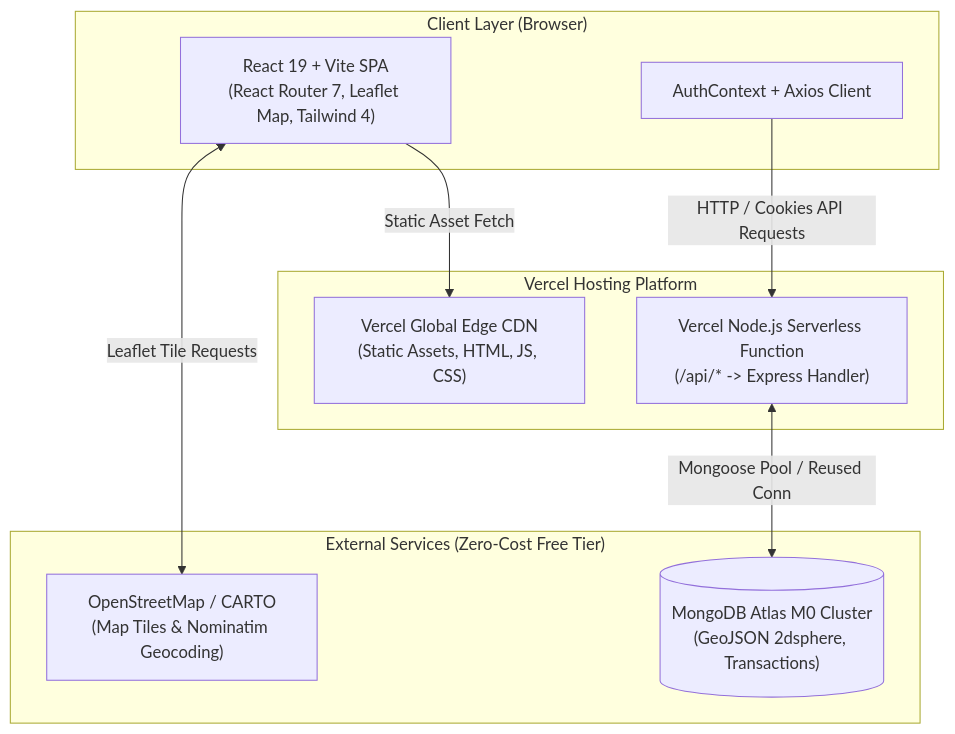
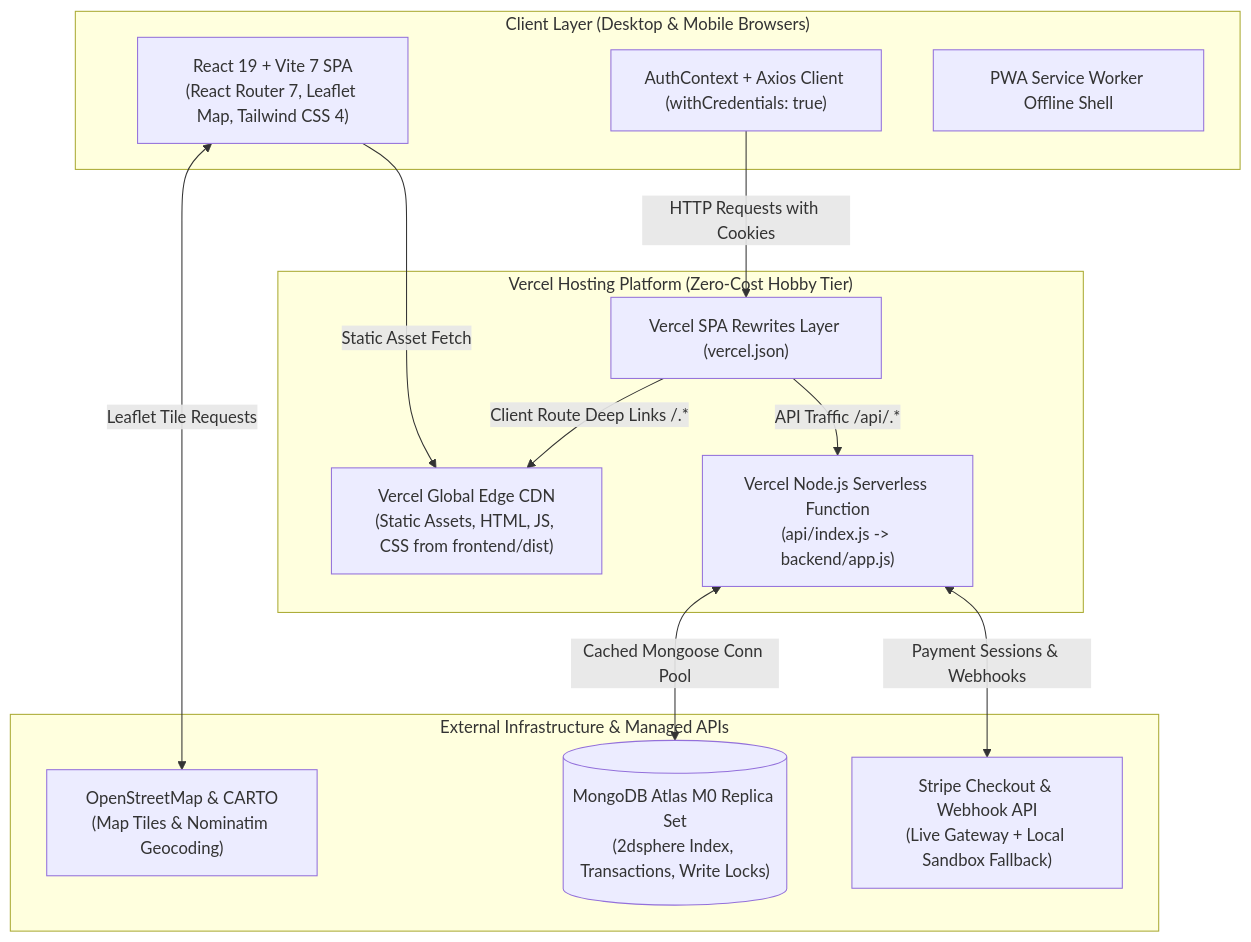
Before and after one commit to Krishna200608/ParkingFinder: the first of 2 diagrams in docs/ARCHITECTURE.md, drawn with Mermaid. The commit also changed other lines of this file and 7 other files, not shown here.

````diff
--- a/docs/ARCHITECTURE.md
+++ b/docs/ARCHITECTURE.md
@@ -7,22 +7,28 @@
 ```mermaid
 flowchart TD
-    subgraph Client ["Client Layer (Browser)"]
-        UI["React 19 + Vite SPA\n(React Router 7, Leaflet Map, Tailwind 4)"]
-        State["AuthContext + Axios Client"]
+    subgraph Client ["Client Layer (Desktop & Mobile Browsers)"]
+        UI["React 19 + Vite 7 SPA\n(React Router 7, Leaflet Map, Tailwind CSS 4)"]
+        State["AuthContext + Axios Client (withCredentials: true)"]
+        PWA["PWA Service Worker Offline Shell"]
     end
 
-    subgraph Vercel ["Vercel Hosting Platform"]
-        CDN["Vercel Global Edge CDN\n(Static Assets, HTML, JS, CSS)"]
-        Serverless["Vercel Node.js Serverless Function\n(/api/* -> Express Handler)"]
+    subgraph Vercel ["Vercel Hosting Platform (Zero-Cost Hobby Tier)"]
+        CDN["Vercel Global Edge CDN\n(Static Assets, HTML, JS, CSS from frontend/dist)"]
+        Router["Vercel SPA Rewrites Layer (vercel.json)"]
+        Serverless["Vercel Node.js Serverless Function\n(api/index.js -> backend/app.js)"]
     end
 
-    subgraph External ["External Services (Zero-Cost Free Tier)"]
-        OSM["OpenStreetMap / CARTO\n(Map Tiles & Nominatim Geocoding)"]
-        Atlas[("MongoDB Atlas M0 Cluster\n(GeoJSON 2dsphere, Transactions)")]
+    subgraph External ["External Infrastructure & Managed APIs"]
+        OSM["OpenStreetMap & CARTO\n(Map Tiles & Nominatim Geocoding)"]
+        Atlas[("MongoDB Atlas M0 Replica Set\n(2dsphere Index, Transactions, Write Locks)")]
+        Stripe["Stripe Checkout & Webhook API\n(Live Gateway + Local Sandbox Fallback)"]
     end
 
     UI -->|Static Asset Fetch| CDN
     UI <-->|Leaflet Tile Requests| OSM
-    State -->|HTTP / Cookies API Requests| Serverless
-    Serverless <-->|Mongoose Pool / Reused Conn| Atlas
+    State -->|HTTP Requests with Cookies| Router
+    Router -->|Client Route Deep Links /.*| CDN
+    Router -->|API Traffic /api/.*| Serverless
+    Serverless <-->|Cached Mongoose Conn Pool| Atlas
+    Serverless <-->|Payment Sessions & Webhooks| Stripe
 ```
````
